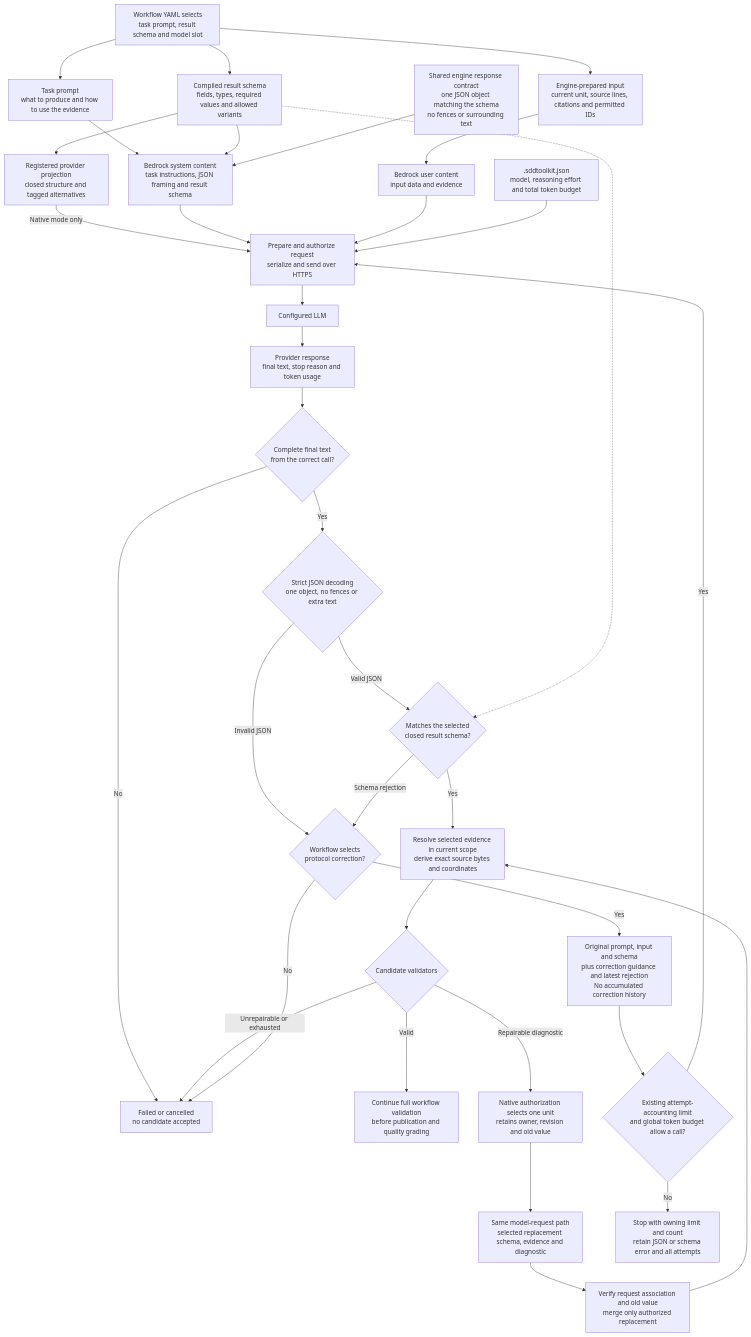
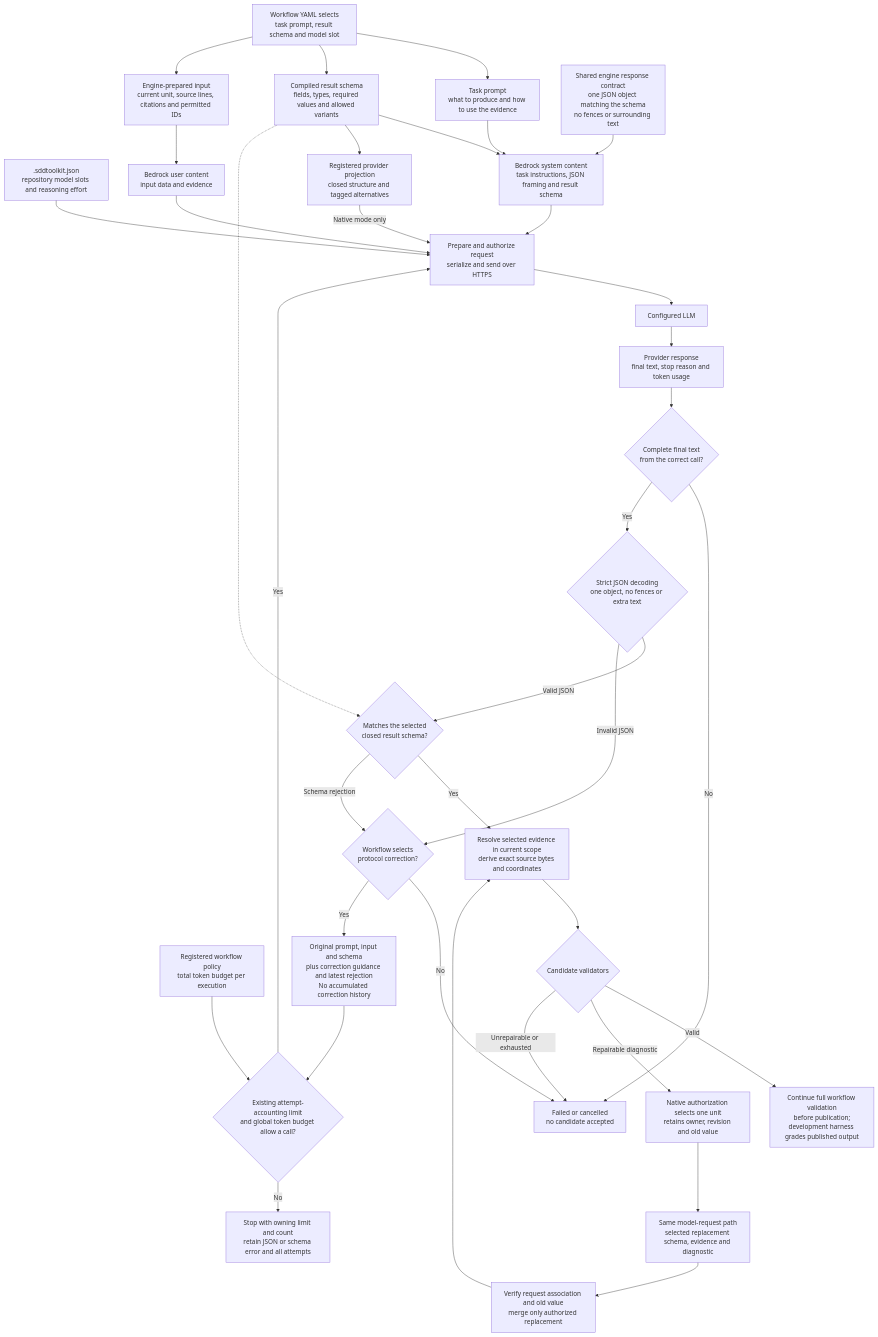
One commit to littledespot/sdde changed the diagram in design/diagrams/17-model-prompt-response-flow.md. Above: the diagram before and after it, drawn with Mermaid. The commit also changed other lines of this file and 99 other files, not shown here.

````diff
--- a/design/diagrams/17-model-prompt-response-flow.md
+++ b/design/diagrams/17-model-prompt-response-flow.md
@@ -8,44 +7,46 @@
 ```mermaid
 flowchart TD
     Workflow["Workflow YAML selects<br/>task prompt, result schema and model slot"]
-    Config[".sddtoolkit.json<br/>model, reasoning effort and total token budget"]
+    Config[".sddtoolkit.json<br/>repository model slots and reasoning effort"]
+    Policy["Registered workflow policy<br/>total token budget per execution"]
     Prompt["Task prompt<br/>what to produce and how to use the evidence"]
     Schema["Compiled result schema<br/>fields, types, required values and allowed variants"]
     Input["Engine-prepared input<br/>current unit, source lines, citations and permitted IDs"]
     Format["Shared engine response contract<br/>one JSON object matching the schema<br/>no fences or surrounding text"]
 
     Workflow --> Prompt
     Workflow --> Schema
     Workflow --> Input
     Prompt --> System["Bedrock system content<br/>task instructions, JSON framing and result schema"]
     Schema --> System
     Schema --> Grammar["Registered provider projection<br/>closed structure and tagged alternatives"]
     Grammar -->|Native mode only| Request
     Format --> System
     Input --> User["Bedrock user content<br/>input data and evidence"]
     System --> Request["Prepare and authorize request<br/>serialize and send over HTTPS"]
     User --> Request
     Config --> Request
+    Policy --> Accounting
     Request --> LLM["Configured LLM"]
     LLM --> Response["Provider response<br/>final text, stop reason and token usage"]
     Response --> Eligible{"Complete final text<br/>from the correct call?"}
     Eligible -->|No| Stop["Failed or cancelled<br/>no candidate accepted"]
     Eligible -->|Yes| Syntax{"Strict JSON decoding<br/>one object, no fences or extra text"}
     Syntax -->|Valid JSON| Shape{"Matches the selected<br/>closed result schema?"}
     Schema -.-> Shape
     Shape -->|Yes| Resolve["Resolve selected evidence in current scope<br/>derive exact source bytes and coordinates"]
     Resolve --> Candidate{"Candidate validators"}
-    Candidate -->|Valid| Publish["Continue full workflow validation<br/>before publication and quality grading"]
+    Candidate -->|Valid| Publish["Continue full workflow validation<br/>before publication;<br/>development harness grades published output"]
     Candidate -->|Repairable diagnostic| Authorize["Native authorization selects one unit<br/>retains owner, revision and old value"]
     Authorize --> Repair["Same model-request path<br/>selected replacement schema, evidence and diagnostic"]
     Repair --> Merge["Verify request association and old value<br/>merge only authorized replacement"]
     Merge --> Resolve
     Candidate -->|Unrepairable or exhausted| Stop
     Syntax -->|Invalid JSON| Retry{"Workflow selects<br/>protocol correction?"}
     Shape -->|Schema rejection| Retry
     Retry -->|No| Stop
     Retry -->|Yes| Correction["Original prompt, input and schema<br/>plus correction guidance and latest rejection<br/>No accumulated correction history"]
     Correction --> Accounting{"Existing attempt-accounting limit<br/>and global token budget allow a call?"}
     Accounting -->|Yes| Request
     Accounting -->|No| Exhausted["Stop with owning limit and count<br/>retain JSON or schema error and all attempts"]
 ```
````
